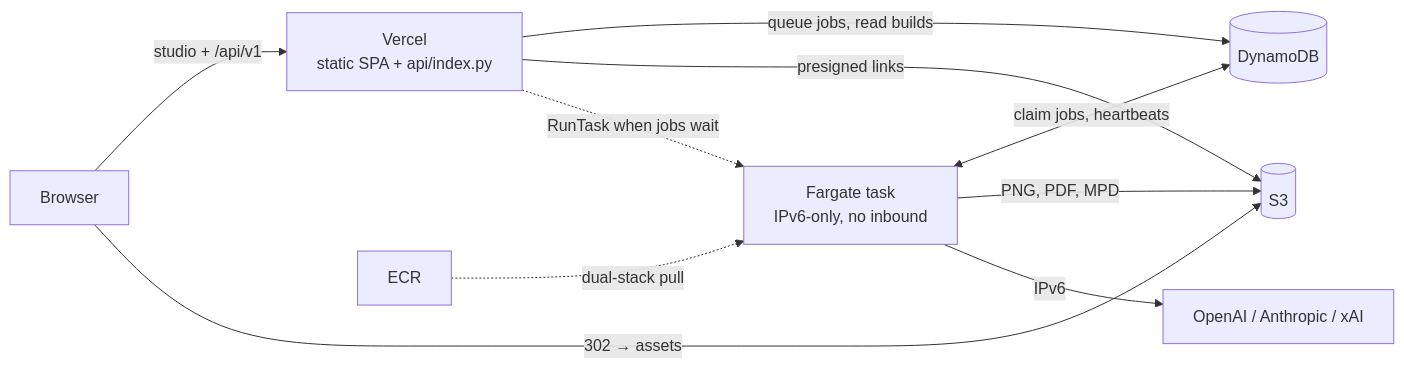
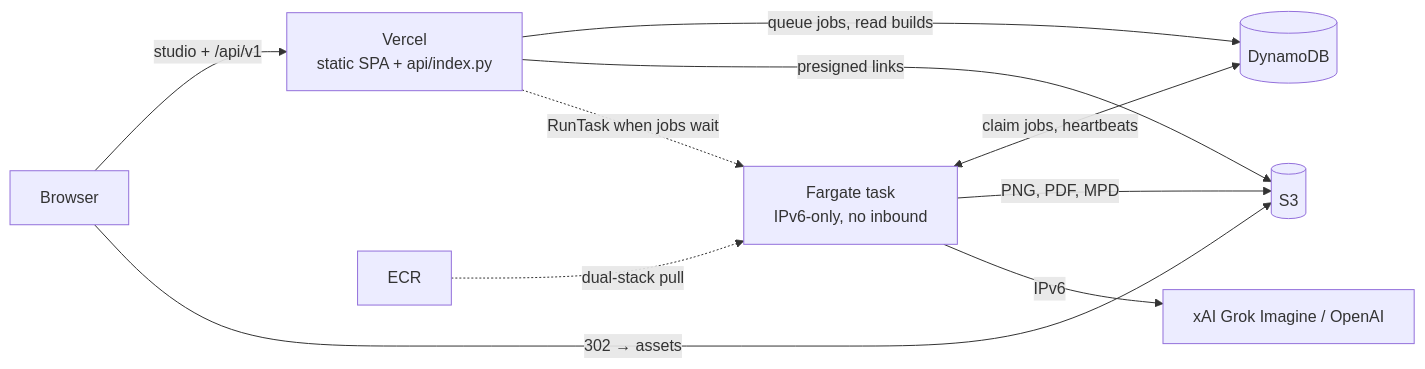
One commit to LunarSphere/legolizer changed the diagram in src/infra/README.md. Above: the diagram before and after it, drawn with Mermaid. The commit also changed other lines of this file and 13 other files, not shown here.

First line of the commit message:
Deploy Grok Imagine on a 4 vCPU worker and add backend CD

````diff
--- a/src/infra/README.md
+++ b/src/infra/README.md
@@ -7,12 +7,12 @@
 ```mermaid
 flowchart LR
   browser[Browser] -->|studio + /api/v1| vercel[Vercel<br/>static SPA + api/index.py]
   vercel -->|queue jobs, read builds| ddb[(DynamoDB)]
   vercel -->|presigned links| s3[(S3)]
   vercel -. RunTask when jobs wait .-> task[Fargate task<br/>IPv6-only, no inbound]
   browser -->|302 → assets| s3
   task <-->|claim jobs, heartbeats| ddb
   task -->|PNG, PDF, MPD| s3
-  task -->|IPv6| providers[OpenAI / Anthropic / xAI]
+  task -->|IPv6| providers[xAI Grok Imagine / OpenAI]
   ecr[ECR] -. dual-stack pull .-> task
 ```
````
